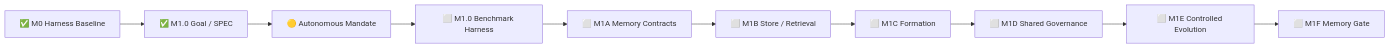
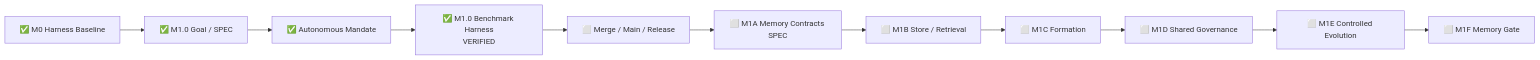
One commit to lsq1030757028/Pytest-playwright-e2e changed the diagram in docs/implementation-status.md. Above: the diagram before and after it, drawn with Mermaid. The commit also changed other lines of this file and 15 other files, not shown here.

First line of the commit message:
Implement deterministic M1.0 Memory Benchmark Harness (#26)

````diff
--- a/docs/implementation-status.md
+++ b/docs/implementation-status.md
@@ -35,13 +35,14 @@
 ```mermaid
 flowchart LR
     A[✅ M0 Harness Baseline]
     --> B[✅ M1.0 Goal / SPEC]
-    --> C[🟡 Autonomous Mandate]
-    --> D[⬜ M1.0 Benchmark Harness]
-    --> E[⬜ M1A Memory Contracts]
-    --> F[⬜ M1B Store / Retrieval]
-    --> G[⬜ M1C Formation]
-    --> H[⬜ M1D Shared Governance]
-    --> I[⬜ M1E Controlled Evolution]
-    --> J[⬜ M1F Memory Gate]
+    --> C[✅ Autonomous Mandate]
+    --> D[✅ M1.0 Benchmark Harness<br/>VERIFIED]
+    --> E[⬜ Merge / Main / Release]
+    --> F[⬜ M1A Memory Contracts SPEC]
+    --> G[⬜ M1B Store / Retrieval]
+    --> H[⬜ M1C Formation]
+    --> I[⬜ M1D Shared Governance]
+    --> J[⬜ M1E Controlled Evolution]
+    --> K[⬜ M1F Memory Gate]
 ```
````
